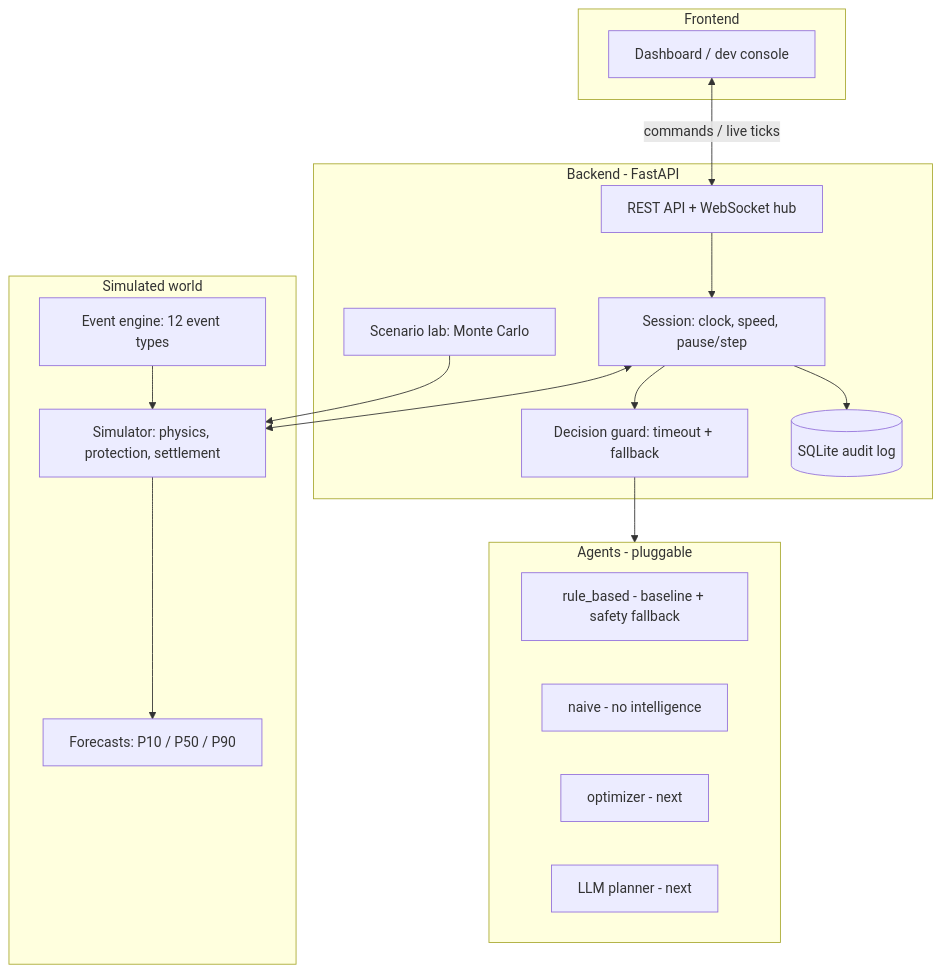
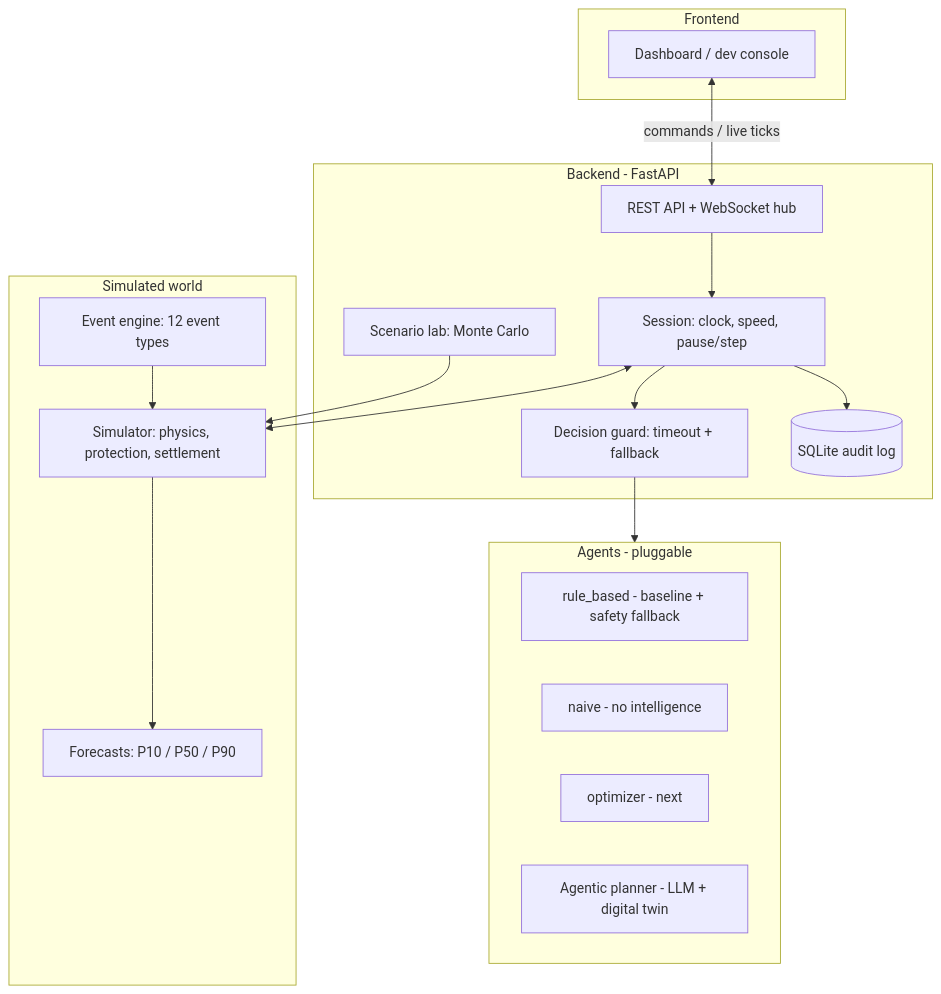
One commit to Harshgupta88156/renewable-energy-orchestrator changed the diagram in README.md. Above: the diagram before and after it, drawn with Mermaid. The commit also changed other lines of this file, not shown here.

First line of the commit message:
docs: planner, free LLM setup, dashboard and lab results

````diff
--- a/README.md
+++ b/README.md
@@ -53,30 +53,30 @@
 ```mermaid
 flowchart TB
   subgraph FE[Frontend]
     D[Dashboard / dev console]
   end
   subgraph BE[Backend - FastAPI]
     API[REST API + WebSocket hub]
     S[Session: clock, speed, pause/step]
     G[Decision guard: timeout + fallback]
     LAB[Scenario lab: Monte Carlo]
     DB[(SQLite audit log)]
   end
   subgraph AG[Agents - pluggable]
     RB[rule_based - baseline + safety fallback]
     NV[naive - no intelligence]
     OPT[optimizer - next]
-    LLM[LLM planner - next]
+    LLM[Agentic planner - LLM + digital twin]
   end
   subgraph W[Simulated world]
     SIM[Simulator: physics, protection, settlement]
     EV[Event engine: 12 event types]
     FC[Forecasts: P10 / P50 / P90]
   end
   D <-->|commands / live ticks| API
   API --> S --> G --> AG
   S <--> SIM
   EV --> SIM --> FC
   S --> DB
   LAB --> SIM
 ```
````
